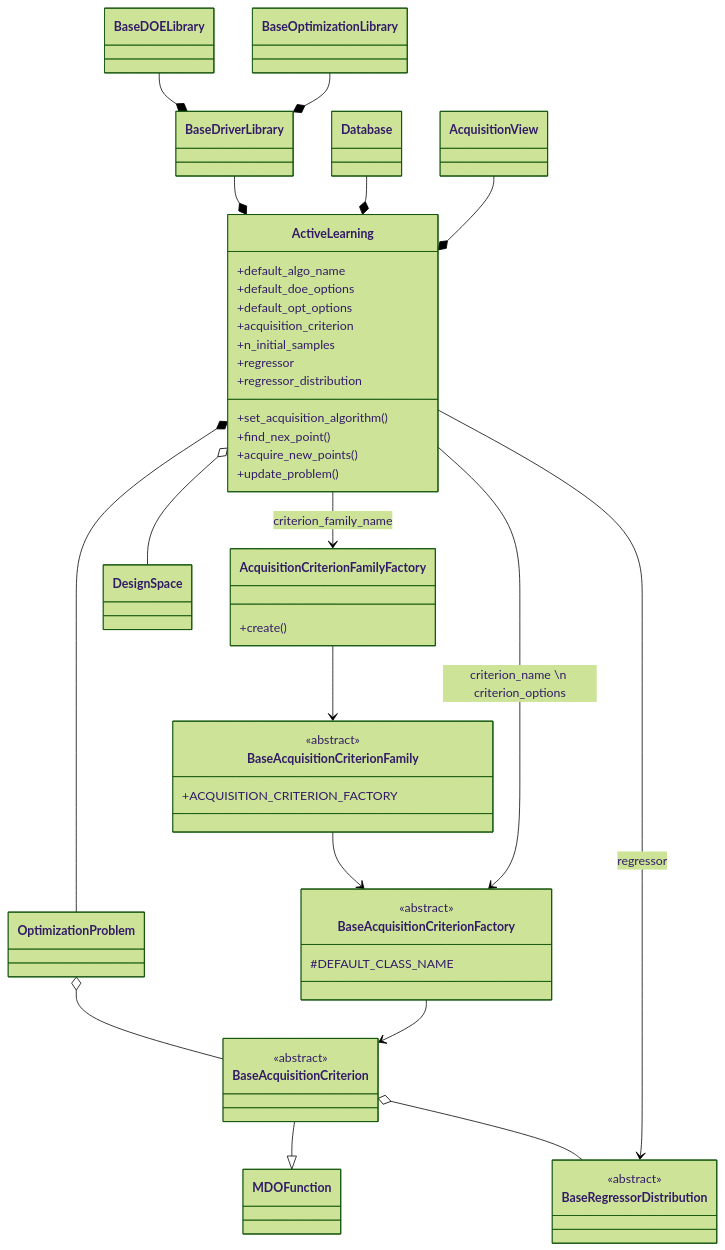
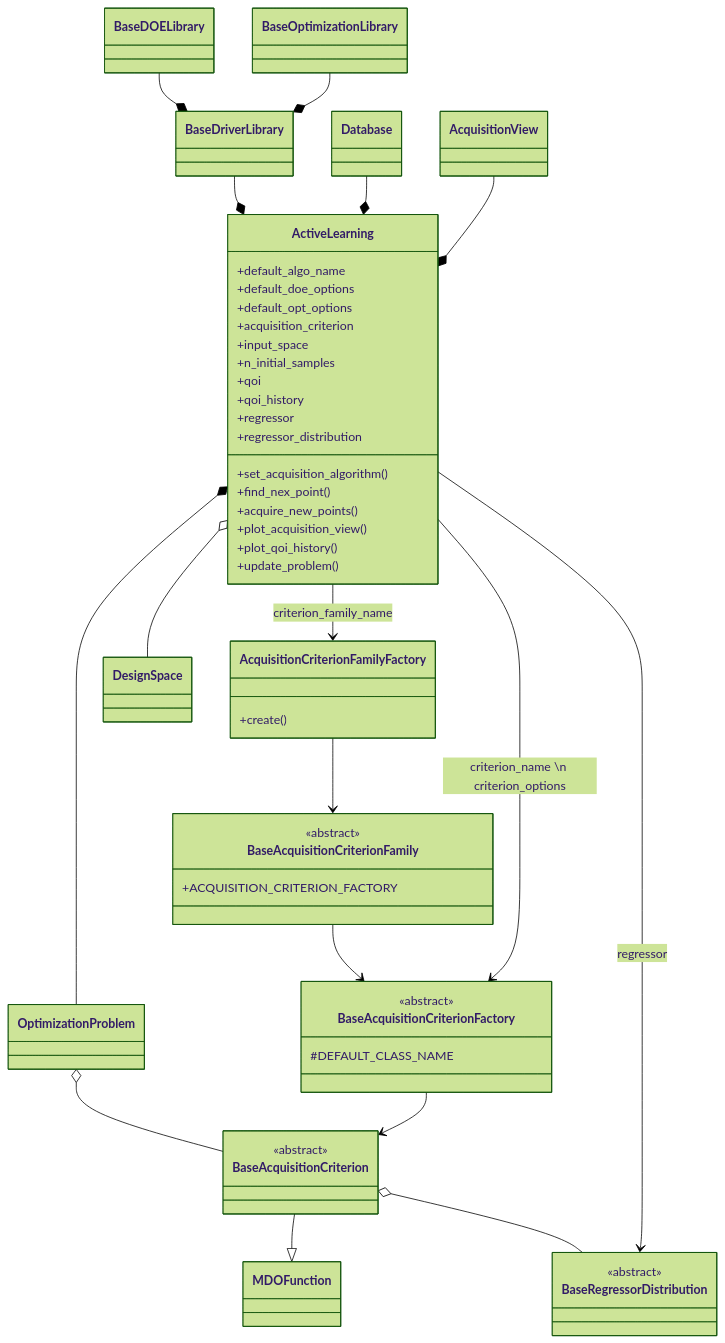
Before and after one commit to gemseo/gemseo-mlearning: the diagram in docs/developer_guide/active_learning.md, drawn with Mermaid (forest theme). The commit also changed 14 other files, not shown here.

````diff
--- a/docs/developer_guide/active_learning.md
+++ b/docs/developer_guide/active_learning.md
@@ -48,54 +48,59 @@
 ``` mermaid
 classDiagram
 
     ActiveLearning *-- OptimizationProblem
     ActiveLearning o-- DesignSpace
     ActiveLearning --> AcquisitionCriterionFamilyFactory: criterion_family_name
     ActiveLearning --> BaseAcquisitionCriterionFactory: criterion_name \n criterion_options
     ActiveLearning --> BaseRegressorDistribution: regressor
     BaseDriverLibrary --* ActiveLearning
     BaseDOELibrary --* BaseDriverLibrary
     BaseOptimizationLibrary --* BaseDriverLibrary
     Database --* ActiveLearning
     AcquisitionView --* ActiveLearning
 
     OptimizationProblem o-- BaseAcquisitionCriterion
 
     AcquisitionCriterionFamilyFactory --> BaseAcquisitionCriterionFamily
     BaseAcquisitionCriterionFamily --> BaseAcquisitionCriterionFactory
     BaseAcquisitionCriterionFactory --> BaseAcquisitionCriterion
 
     BaseAcquisitionCriterion --|> MDOFunction
     BaseAcquisitionCriterion o-- BaseRegressorDistribution
 
     <<abstract>> BaseAcquisitionCriterion
     <<abstract>> BaseAcquisitionCriterionFactory
     <<abstract>> BaseAcquisitionCriterionFamily
     <<abstract>> BaseRegressorDistribution
 
     class ActiveLearning {
         +default_algo_name
         +default_doe_options
         +default_opt_options
         +acquisition_criterion
+        +input_space
         +n_initial_samples
+        +qoi
+        +qoi_history
         +regressor
         +regressor_distribution
         +set_acquisition_algorithm()
         +find_nex_point()
         +acquire_new_points()
+        +plot_acquisition_view()
+        +plot_qoi_history()
         +update_problem()
     }
 
     class AcquisitionCriterionFamilyFactory {
         +create()
     }
 
     class BaseAcquisitionCriterionFamily {
         +ACQUISITION_CRITERION_FACTORY
     }
 
     class BaseAcquisitionCriterionFactory {
         #DEFAULT_CLASS_NAME
     }
 ```
````
